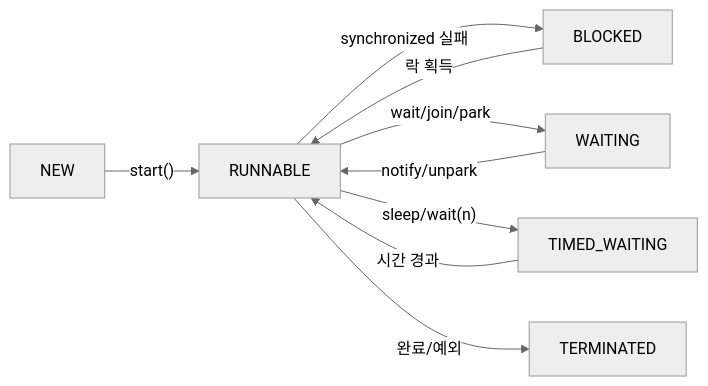
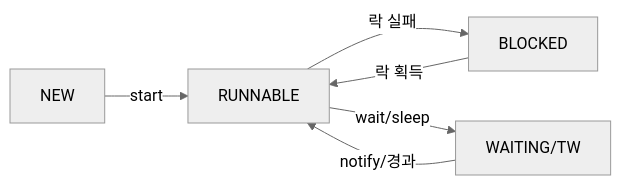
One commit to yjkim2015/yjkim2015.github.io changed the fourth of 17 diagrams in _posts/java/2026-05-01-java-thread.md. Above: the diagram before and after it, drawn with Mermaid (neutral theme). The commit also changed other lines of this file and 163 other files, not shown here.

First line of the commit message:
Mermaid 300개 블록 내용 축소: 5노드 5엣지 이하, 의미 있는 약어

````diff
--- a/_posts/java/2026-05-01-java-thread.md
+++ b/_posts/java/2026-05-01-java-thread.md
@@ -78,17 +73,8 @@
 ```mermaid
 graph LR
-    NEW["NEW"]
-    RUNNABLE["RUNNABLE"]
-    BLOCKED["BLOCKED"]
-    WAITING["WAITING"]
-    TW["TIMED_WAITING"]
-    TERMINATED["TERMINATED"]
-    NEW -->|"start()"| RUNNABLE
-    RUNNABLE -->|"synchronized 실패"| BLOCKED
-    BLOCKED -->|"락 획득"| RUNNABLE
-    RUNNABLE -->|"wait/join/park"| WAITING
-    WAITING -->|"notify/unpark"| RUNNABLE
-    RUNNABLE -->|"sleep/wait(n)"| TW
-    TW -->|"시간 경과"| RUNNABLE
-    RUNNABLE -->|"완료/예외"| TERMINATED
+    NEW -->|start| RUNNABLE
+    RUNNABLE -->|락 실패| BLOCKED
+    BLOCKED -->|락 획득| RUNNABLE
+    RUNNABLE -->|wait/sleep| WAITING["WAITING/TW"]
+    WAITING -->|notify/경과| RUNNABLE
 ```
````
